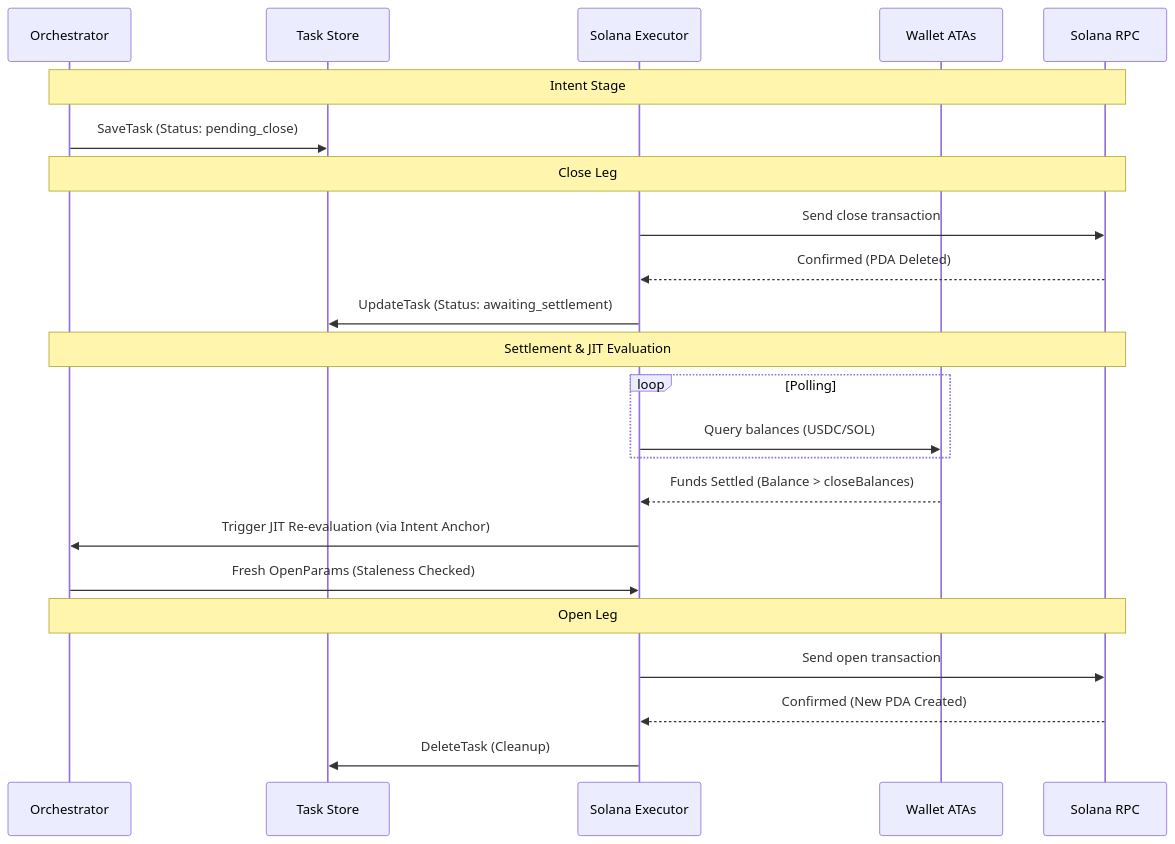
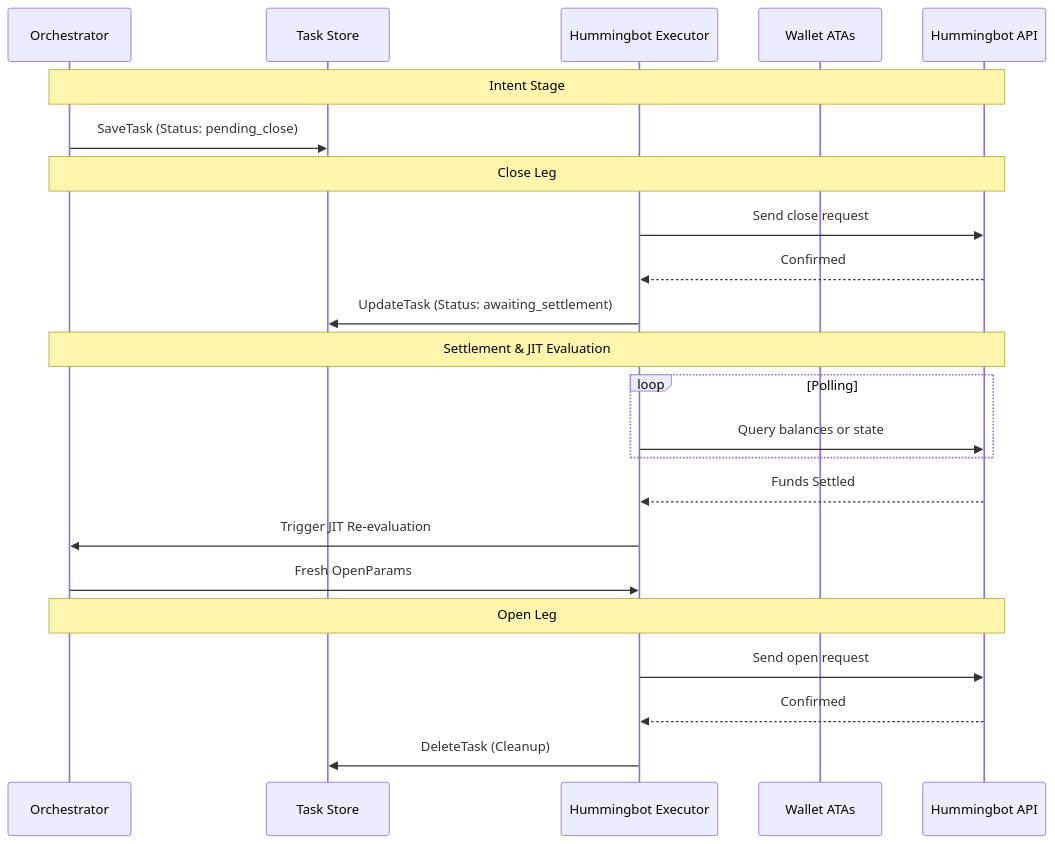
The second of 4 diagrams in docs/ARCHITECTURE.md (romankurnovskii/aria-vega-market-maker), drawn with Mermaid before and after one commit. The commit also changed other lines of this file and 1 other file, not shown here.

Commit message:
docs: update architecture and start-here documentation

````diff
--- a/docs/ARCHITECTURE.md
+++ b/docs/ARCHITECTURE.md
@@ -81,30 +72,30 @@
 ```mermaid
 sequenceDiagram
     participant OR as Orchestrator
     participant TS as Task Store
-    participant EX as Solana Executor
+    participant EX as Hummingbot Executor
     participant WAL as Wallet ATAs
-    participant RPC as Solana RPC
+    participant RPC as Hummingbot API
 
     Note over OR, RPC: Intent Stage
     OR->>TS: SaveTask (Status: pending_close)
 
     Note over OR, RPC: Close Leg
-    EX->>RPC: Send close transaction
-    RPC-->>EX: Confirmed (PDA Deleted)
+    EX->>RPC: Send close request
+    RPC-->>EX: Confirmed
     EX->>TS: UpdateTask (Status: awaiting_settlement)
 
     Note over OR, RPC: Settlement & JIT Evaluation
     loop Polling
-        EX->>WAL: Query balances (USDC/SOL)
+        EX->>RPC: Query balances or state
     end
-    WAL-->>EX: Funds Settled (Balance > closeBalances)
+    RPC-->>EX: Funds Settled
 
-    EX->>OR: Trigger JIT Re-evaluation (via Intent Anchor)
-    OR->>EX: Fresh OpenParams (Staleness Checked)
+    EX->>OR: Trigger JIT Re-evaluation
+    OR->>EX: Fresh OpenParams
 
     Note over OR, RPC: Open Leg
-    EX->>RPC: Send open transaction
-    RPC-->>EX: Confirmed (New PDA Created)
+    EX->>RPC: Send open request
+    RPC-->>EX: Confirmed
     EX->>TS: DeleteTask (Cleanup)
 ```
````
